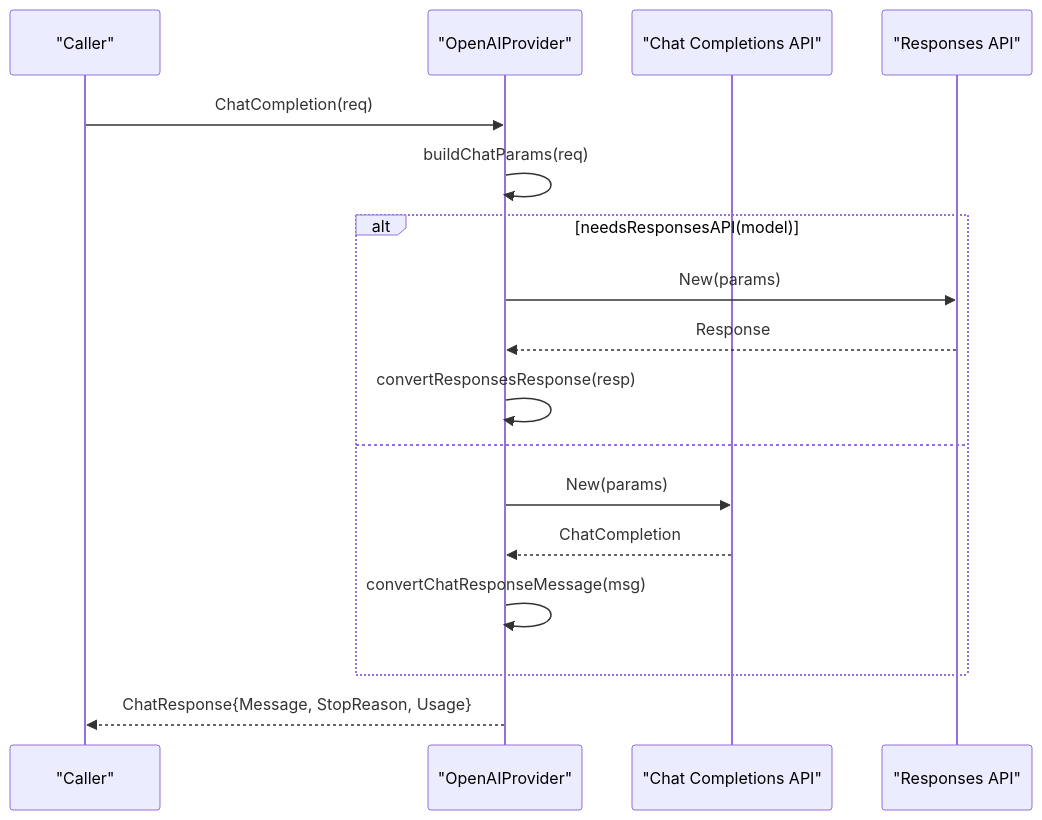
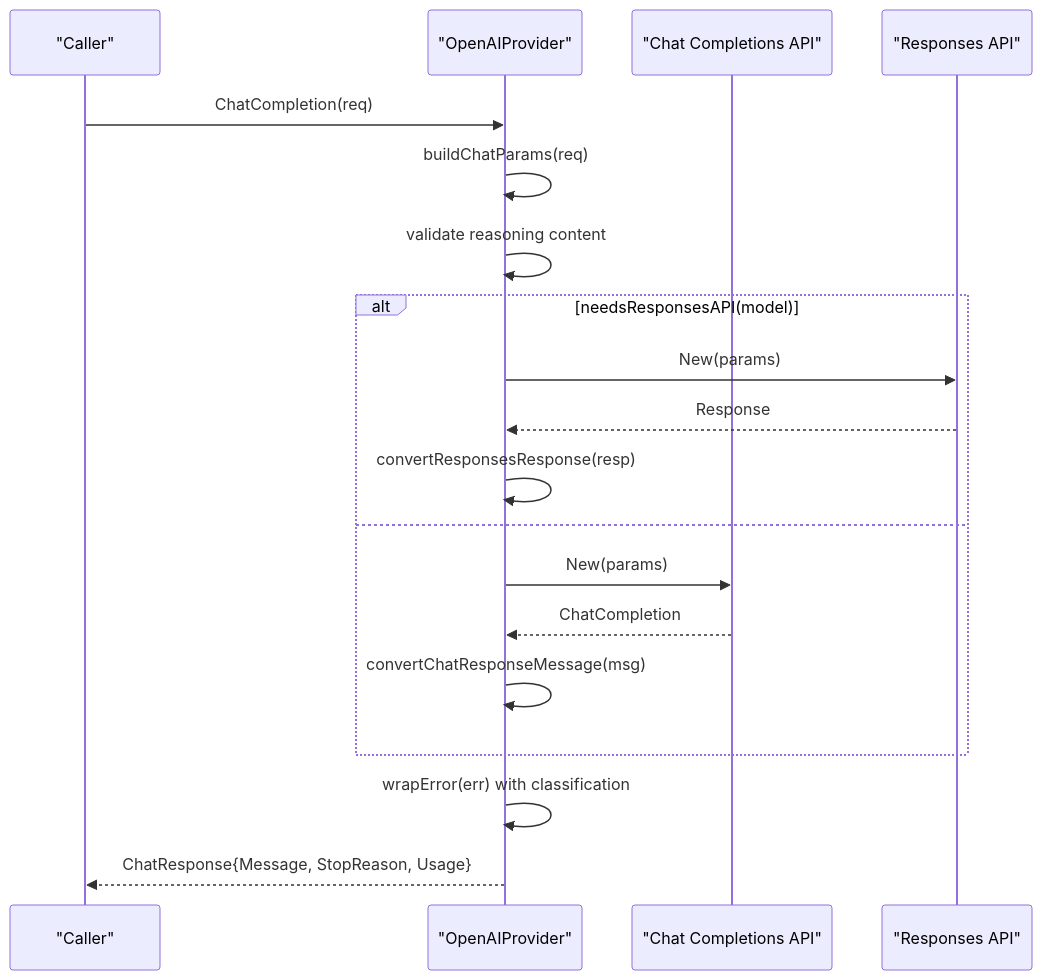
The second of 7 diagrams in .qoder/repowiki/en/content/LLM Provider Integration/OpenAI Provider Implementation.md (v0lka/c0wrk), drawn with Mermaid before and after one commit. The commit also changed other lines of this file and 8 other files, not shown here.

````diff
--- a/.qoder/repowiki/en/content/LLM Provider Integration/OpenAI Provider Implementation.md
+++ b/.qoder/repowiki/en/content/LLM Provider Integration/OpenAI Provider Implementation.md
@@ -111,19 +132,21 @@
 ```mermaid
 sequenceDiagram
 participant App as "Caller"
 participant Prov as "OpenAIProvider"
 participant Chat as "Chat Completions API"
 participant Resp as "Responses API"
 App->>Prov : ChatCompletion(req)
 Prov->>Prov : buildChatParams(req)
+Prov->>Prov : validate reasoning content
 alt needsResponsesAPI(model)
 Prov->>Resp : New(params)
 Resp-->>Prov : Response
 Prov->>Prov : convertResponsesResponse(resp)
 else
 Prov->>Chat : New(params)
 Chat-->>Prov : ChatCompletion
 Prov->>Prov : convertChatResponseMessage(msg)
 end
+Prov->>Prov : wrapError(err) with classification
 Prov-->>App : ChatResponse{Message, StopReason, Usage}
 ```
````
